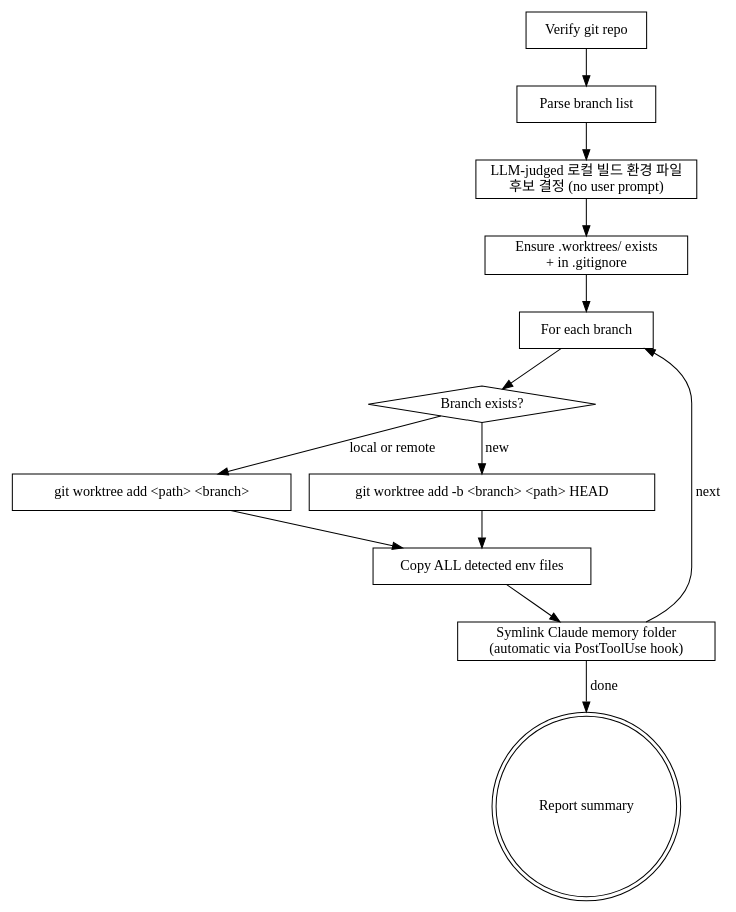
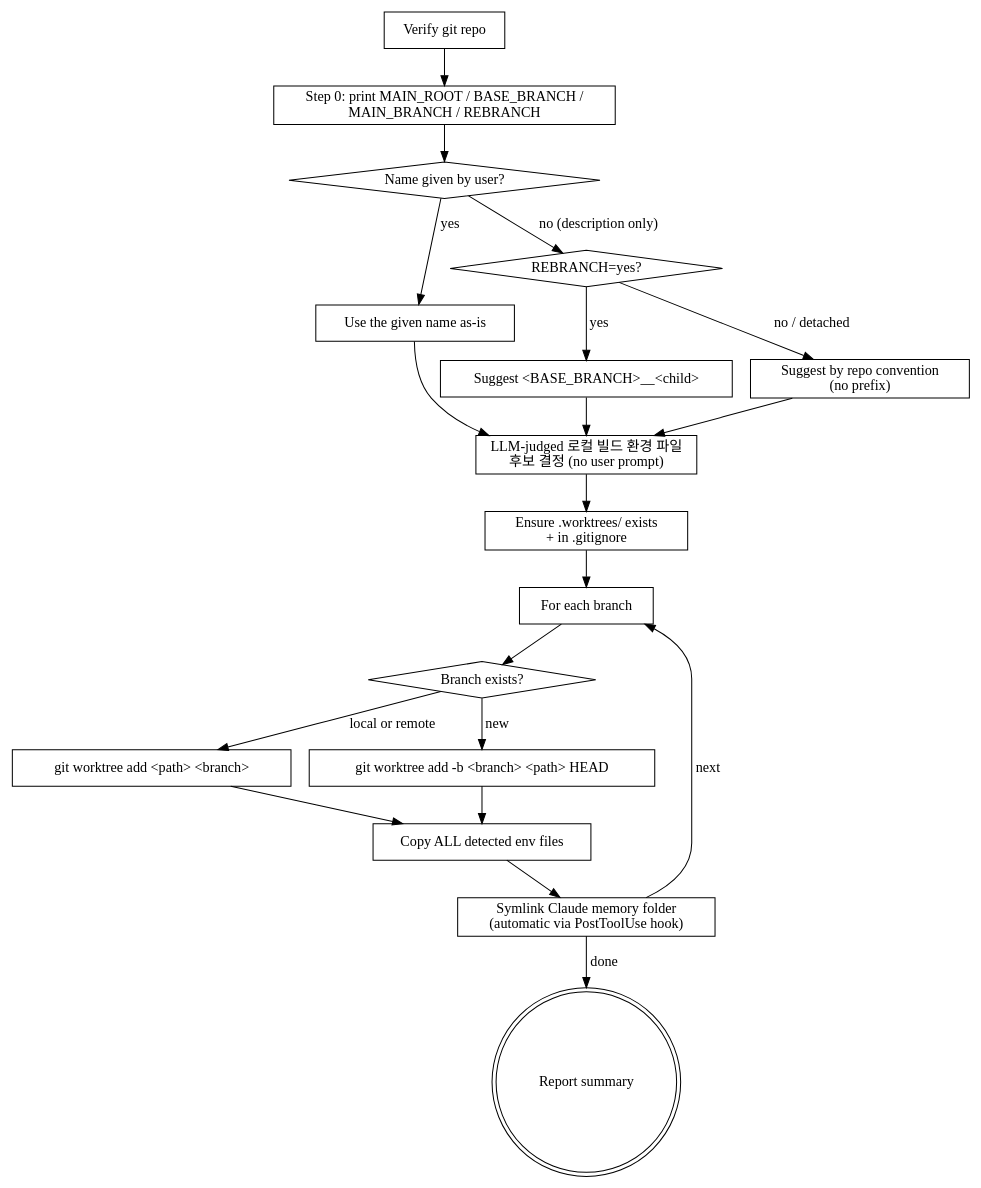
The diagram in skills/setting-up-worktrees/SKILL.md (LonerStayle/js-super), drawn with Graphviz before and after one commit. The commit also changed other lines of this file and 2 other files, not shown here.

First line of the commit message:
fix(setting-up-worktrees): Step 0 이 재분기 판별 근거를 출력 — 접두어 간헐 누락 수정

````diff
--- a/skills/setting-up-worktrees/SKILL.md
+++ b/skills/setting-up-worktrees/SKILL.md
@@ -40,28 +40,40 @@
 ```dot
 digraph wt_flow {
     "Verify git repo" [shape=box];
-    "Parse branch list" [shape=box];
+    "Step 0: print MAIN_ROOT / BASE_BRANCH /\nMAIN_BRANCH / REBRANCH" [shape=box];
+    "Name given by user?" [shape=diamond];
+    "Use the given name as-is" [shape=box];
+    "REBRANCH=yes?" [shape=diamond];
+    "Suggest <BASE_BRANCH>__<child>" [shape=box];
+    "Suggest by repo convention\n(no prefix)" [shape=box];
     "LLM-judged 로컬 빌드 환경 파일\n후보 결정 (no user prompt)" [shape=box];
     "Ensure .worktrees/ exists\n+ in .gitignore" [shape=box];
     "For each branch" [shape=box];
     "Branch exists?" [shape=diamond];
     "git worktree add <path> <branch>" [shape=box];
     "git worktree add -b <branch> <path> HEAD" [shape=box];
     "Copy ALL detected env files" [shape=box];
     "Symlink Claude memory folder\n(automatic via PostToolUse hook)" [shape=box];
     "Report summary" [shape=doublecircle];
 
-    "Verify git repo" -> "Parse branch list";
-    "Parse branch list" -> "LLM-judged 로컬 빌드 환경 파일\n후보 결정 (no user prompt)";
+    "Verify git repo" -> "Step 0: print MAIN_ROOT / BASE_BRANCH /\nMAIN_BRANCH / REBRANCH";
+    "Step 0: print MAIN_ROOT / BASE_BRANCH /\nMAIN_BRANCH / REBRANCH" -> "Name given by user?";
+    "Name given by user?" -> "Use the given name as-is" [label="yes"];
+    "Name given by user?" -> "REBRANCH=yes?" [label="no (description only)"];
+    "REBRANCH=yes?" -> "Suggest <BASE_BRANCH>__<child>" [label="yes"];
+    "REBRANCH=yes?" -> "Suggest by repo convention\n(no prefix)" [label="no / detached"];
+    "Use the given name as-is" -> "LLM-judged 로컬 빌드 환경 파일\n후보 결정 (no user prompt)";
+    "Suggest <BASE_BRANCH>__<child>" -> "LLM-judged 로컬 빌드 환경 파일\n후보 결정 (no user prompt)";
+    "Suggest by repo convention\n(no prefix)" -> "LLM-judged 로컬 빌드 환경 파일\n후보 결정 (no user prompt)";
     "LLM-judged 로컬 빌드 환경 파일\n후보 결정 (no user prompt)" -> "Ensure .worktrees/ exists\n+ in .gitignore";
     "Ensure .worktrees/ exists\n+ in .gitignore" -> "For each branch";
     "For each branch" -> "Branch exists?";
     "Branch exists?" -> "git worktree add <path> <branch>" [label="local or remote"];
     "Branch exists?" -> "git worktree add -b <branch> <path> HEAD" [label="new"];
     "git worktree add <path> <branch>" -> "Copy ALL detected env files";
     "git worktree add -b <branch> <path> HEAD" -> "Copy ALL detected env files";
     "Copy ALL detected env files" -> "Symlink Claude memory folder\n(automatic via PostToolUse hook)";
     "Symlink Claude memory folder\n(automatic via PostToolUse hook)" -> "For each branch" [label="next"];
     "Symlink Claude memory folder\n(automatic via PostToolUse hook)" -> "Report summary" [label="done"];
 }
 ```
````
